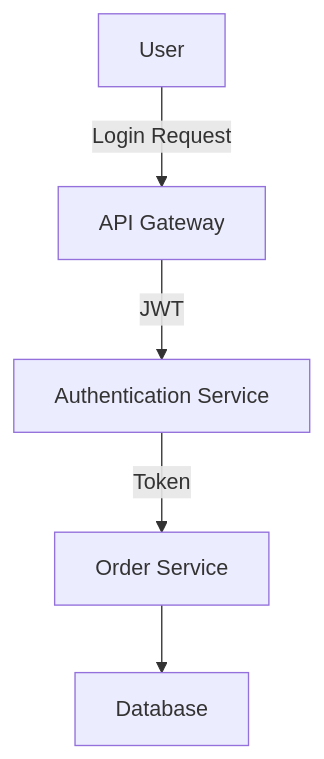
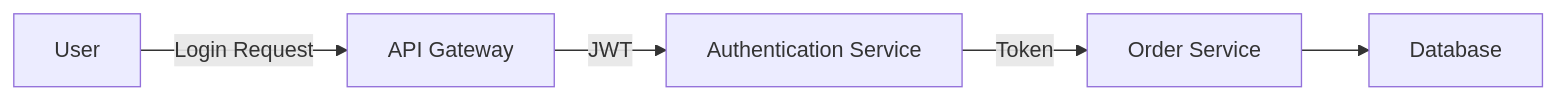
The first of 2 diagrams in OWASP A04:2021 - Insecure Design in .NET Applications.md (SiddhantBhattarai825/Security-Coding-Practices), drawn with Mermaid before and after one commit.

Commit message:
Update OWASP A04:2021 - Insecure Design in .NET Applications.md

````diff
--- a/OWASP A04:2021 - Insecure Design in .NET Applications.md
+++ b/OWASP A04:2021 - Insecure Design in .NET Applications.md
@@ -31,7 +31,7 @@
 ```mermaid
-graph TD
+graph LR
     A[User] -->|Login Request| B[API Gateway]
     B -->|JWT| C[Authentication Service]
     C -->|Token| D[Order Service]
     D --> E[Database]
 ```
````
